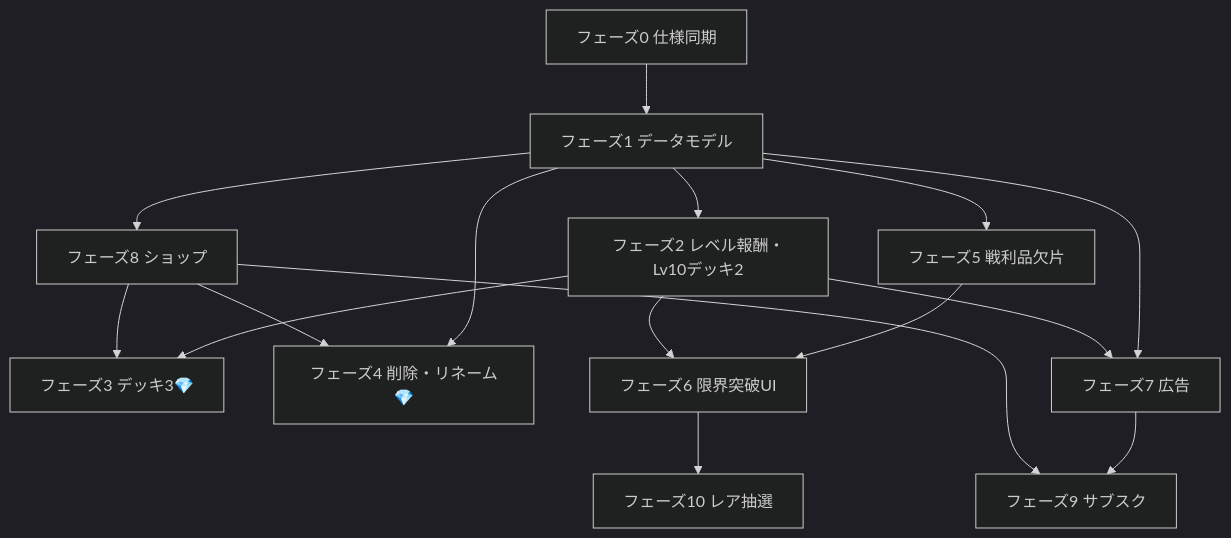
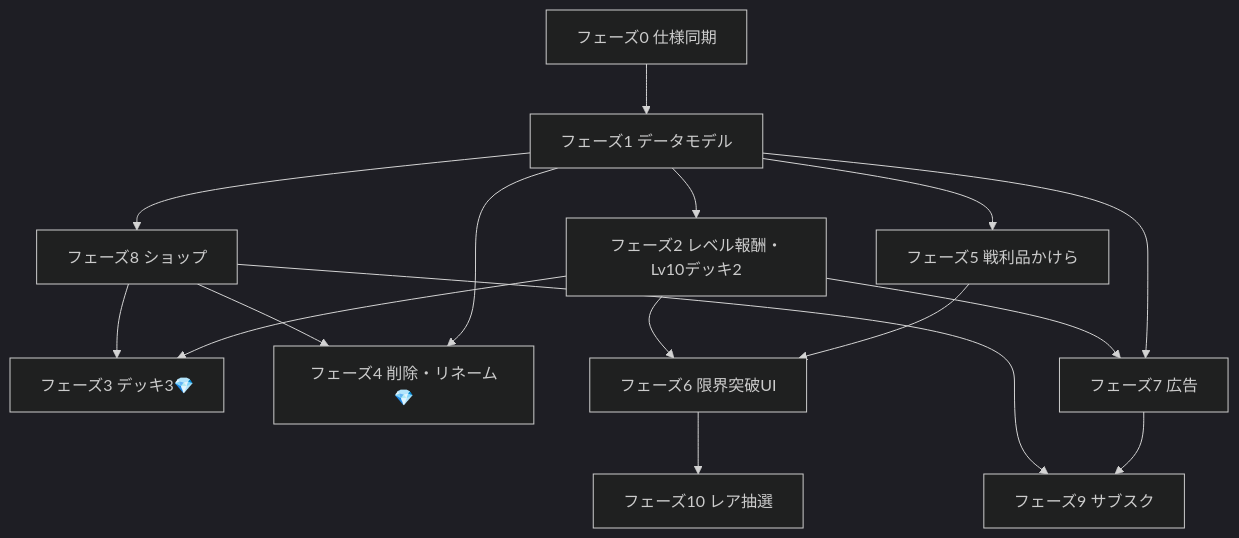
One commit to True-Ocean/Pixel_Battle changed the diagram in docs/ECONOMY_ROADMAP.md. Above: the diagram before and after it, drawn with Mermaid (dark theme). The commit also changed other lines of this file and 5 other files, not shown here.

````diff
--- a/docs/ECONOMY_ROADMAP.md
+++ b/docs/ECONOMY_ROADMAP.md
@@ -334,30 +340,30 @@
 ```mermaid
 flowchart TD
   P0[フェーズ0 仕様同期]
   P1[フェーズ1 データモデル]
   P2[フェーズ2 レベル報酬・Lv10デッキ2]
   P3[フェーズ3 デッキ3💎]
   P4[フェーズ4 削除・リネーム💎]
-  P5[フェーズ5 戦利品欠片]
+  P5[フェーズ5 戦利品かけら]
   P6[フェーズ6 限界突破UI]
   P7[フェーズ7 広告]
   P8[フェーズ8 ショップ]
   P9[フェーズ9 サブスク]
   P10[フェーズ10 レア抽選]
 
   P0 --> P1
   P1 --> P2
   P2 --> P3
   P1 --> P4
   P1 --> P5
   P5 --> P6
   P2 --> P6
   P1 --> P7
   P2 --> P7
   P1 --> P8
   P8 --> P4
   P8 --> P3
   P7 --> P9
   P8 --> P9
   P6 --> P10
 ```
````
